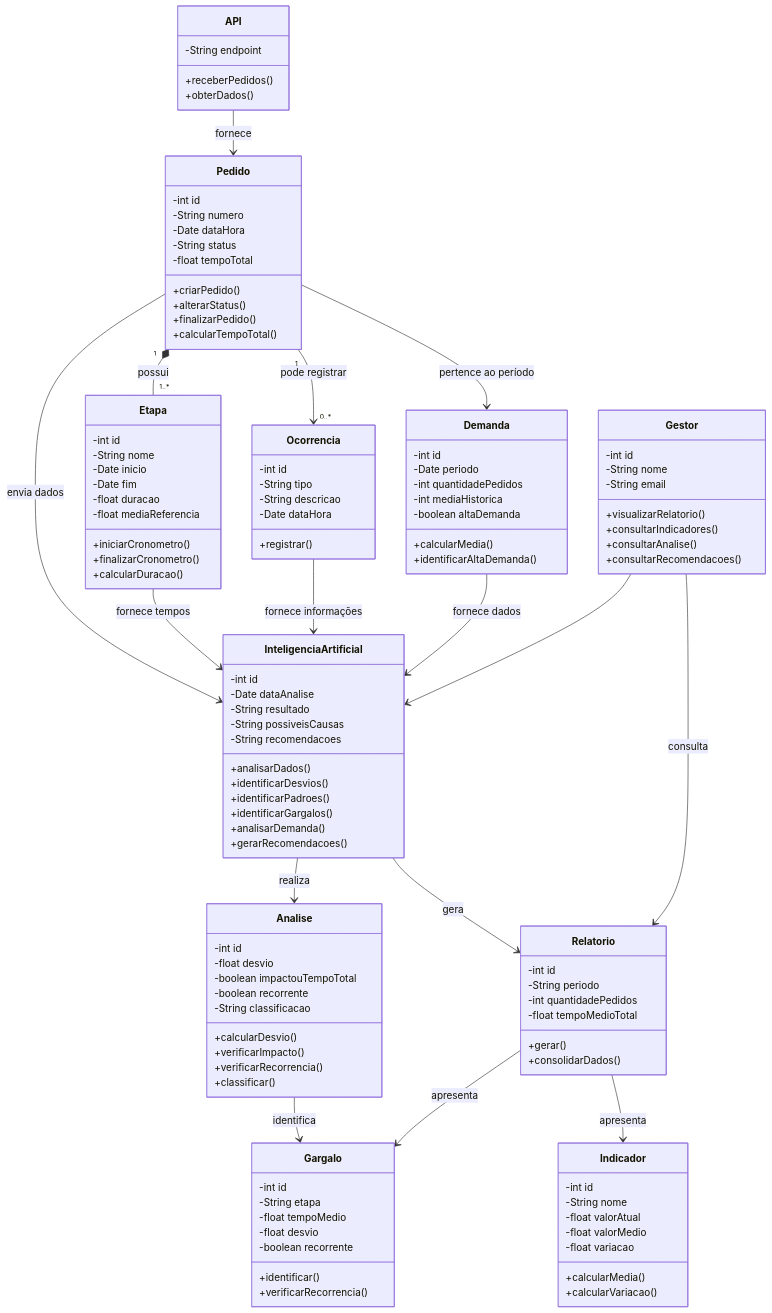
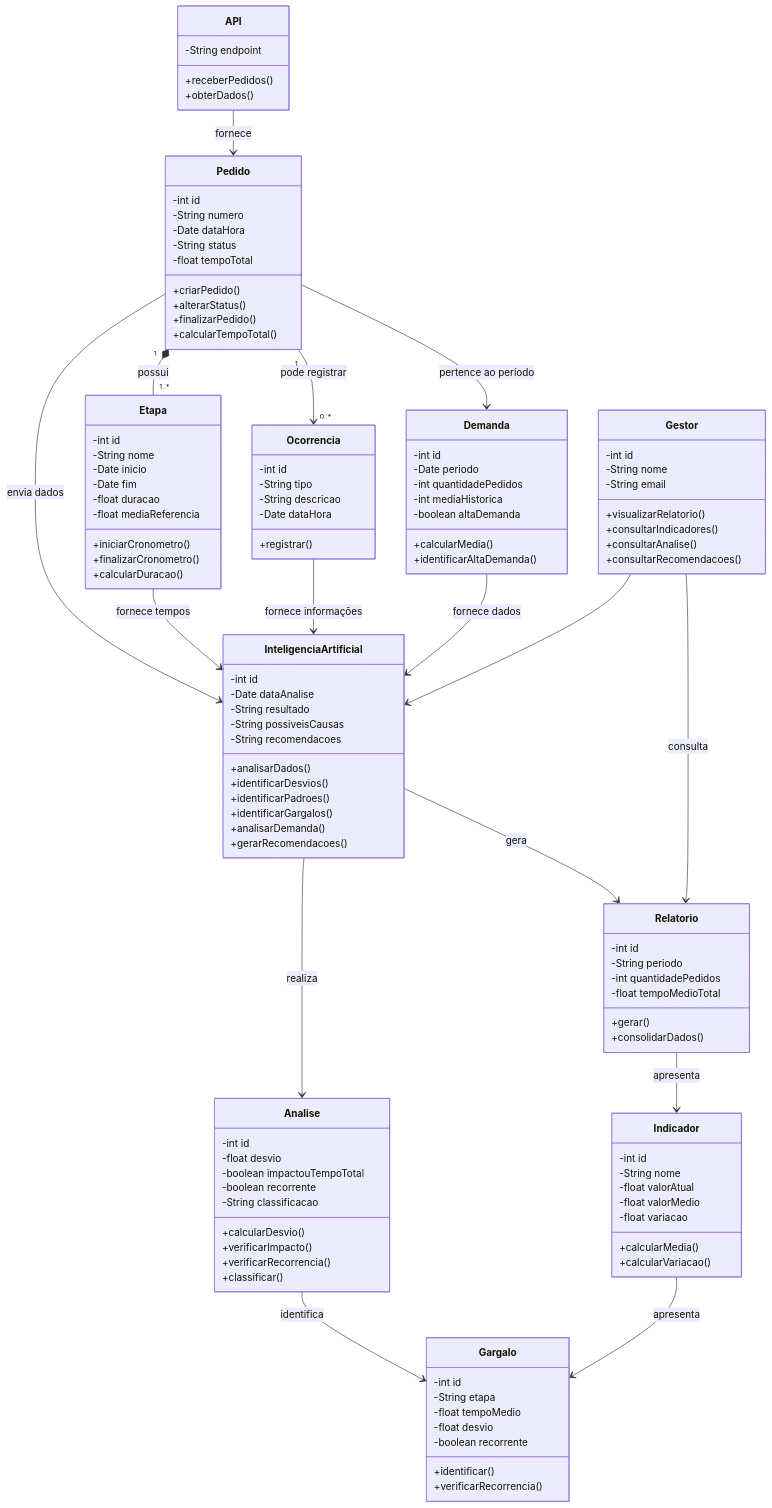
The diagram in docx/DiagramaClasseFoodPoint.mmd (FaelzXit/FoodPoint), drawn with Mermaid before and after one commit.

Commit message:
Update relationship from Relatorio to Gargalo

```diff
--- a/docx/DiagramaClasseFoodPoint.mmd
+++ b/docx/DiagramaClasseFoodPoint.mmd
@@ -1,130 +1,130 @@
 classDiagram
 direction TB
     class API {
 	    -String endpoint
 	    +receberPedidos()
 	    +obterDados()
     }
 
     class Pedido {
 	    -int id
 	    -String numero
 	    -Date dataHora
 	    -String status
 	    -float tempoTotal
 	    +criarPedido()
 	    +alterarStatus()
 	    +finalizarPedido()
 	    +calcularTempoTotal()
     }
 
     class Etapa {
 	    -int id
 	    -String nome
 	    -Date inicio
 	    -Date fim
 	    -float duracao
 	    -float mediaReferencia
 	    +iniciarCronometro()
 	    +finalizarCronometro()
 	    +calcularDuracao()
     }
 
     class Ocorrencia {
 	    -int id
 	    -String tipo
 	    -String descricao
 	    -Date dataHora
 	    +registrar()
     }
 
     class Demanda {
 	    -int id
 	    -Date periodo
 	    -int quantidadePedidos
 	    -int mediaHistorica
 	    -boolean altaDemanda
 	    +calcularMedia()
 	    +identificarAltaDemanda()
     }
 
     class InteligenciaArtificial {
 	    -int id
 	    -Date dataAnalise
 	    -String resultado
 	    -String possiveisCausas
 	    -String recomendacoes
 	    +analisarDados()
 	    +identificarDesvios()
 	    +identificarPadroes()
 	    +identificarGargalos()
 	    +analisarDemanda()
 	    +gerarRecomendacoes()
     }
 
     class Analise {
 	    -int id
 	    -float desvio
 	    -boolean impactouTempoTotal
 	    -boolean recorrente
 	    -String classificacao
 	    +calcularDesvio()
 	    +verificarImpacto()
 	    +verificarRecorrencia()
 	    +classificar()
     }
 
     class Gargalo {
 	    -int id
 	    -String etapa
 	    -float tempoMedio
 	    -float desvio
 	    -boolean recorrente
 	    +identificar()
 	    +verificarRecorrencia()
     }
 
     class Indicador {
 	    -int id
 	    -String nome
 	    -float valorAtual
 	    -float valorMedio
 	    -float variacao
 	    +calcularMedia()
 	    +calcularVariacao()
     }
 
     class Relatorio {
 	    -int id
 	    -String periodo
 	    -int quantidadePedidos
 	    -float tempoMedioTotal
 	    +gerar()
 	    +consolidarDados()
     }
 
     class Gestor {
 	    -int id
 	    -String nome
 	    -String email
 	    +visualizarRelatorio()
 	    +consultarIndicadores()
 	    +consultarAnalise()
 	    +consultarRecomendacoes()
     }
 
     API --> Pedido : fornece
     Pedido "1" *-- "1..*" Etapa : possui
     Pedido "1" --> "0..*" Ocorrencia : pode registrar
     Pedido --> Demanda : pertence ao período
     Pedido --> InteligenciaArtificial : envia dados
     Etapa --> InteligenciaArtificial : fornece tempos
     Ocorrencia --> InteligenciaArtificial : fornece informações
     Demanda --> InteligenciaArtificial : fornece dados
     InteligenciaArtificial --> Analise : realiza
     Analise --> Gargalo : identifica
     InteligenciaArtificial --> Relatorio : gera
     Relatorio --> Indicador : apresenta
-    Relatorio --> Gargalo : apresenta
+    Indicador --> Gargalo : apresenta
     Gestor --> Relatorio : consulta
     Gestor --> InteligenciaArtificial
```
